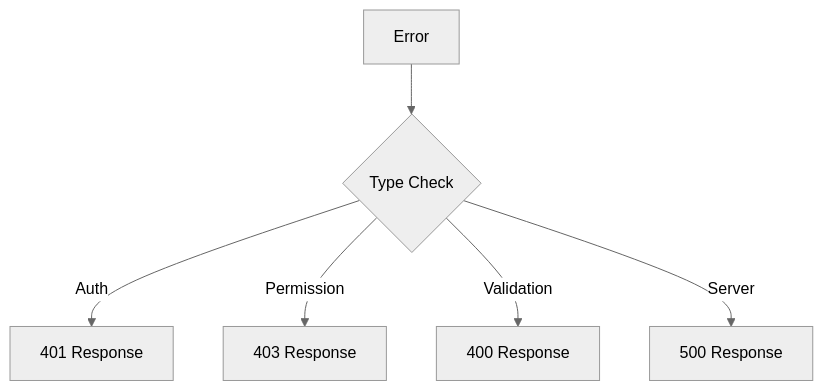
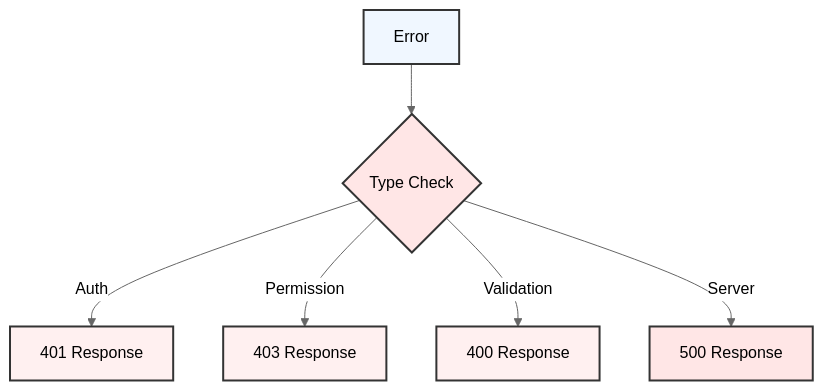
Before and after one commit to kafle1/timetablepro: the tenth of 10 diagrams in docs/API.md, drawn with Mermaid (neutral theme). The commit also changed other lines of this file and 1 other file, not shown here.

Commit message:
docs: improve diagram colors for better text visibility

````diff
--- a/docs/API.md
+++ b/docs/API.md
@@ -522,8 +557,18 @@
 ```mermaid
 graph TB
     A[Error] --> B{Type Check}
     B -->|Auth| C[401 Response]
     B -->|Permission| D[403 Response]
     B -->|Validation| E[400 Response]
     B -->|Server| F[500 Response]
+
+    classDef default fill:#f0f7ff,stroke:#333,stroke-width:2px
+    classDef check fill:#ffe6e6,stroke:#333,stroke-width:2px
+    classDef client fill:#fff0f0,stroke:#333,stroke-width:2px
+    classDef server fill:#ffe6e6,stroke:#333,stroke-width:2px
+
+    class A default
+    class B check
+    class C,D,E client
+    class F server
 ``` 
````
